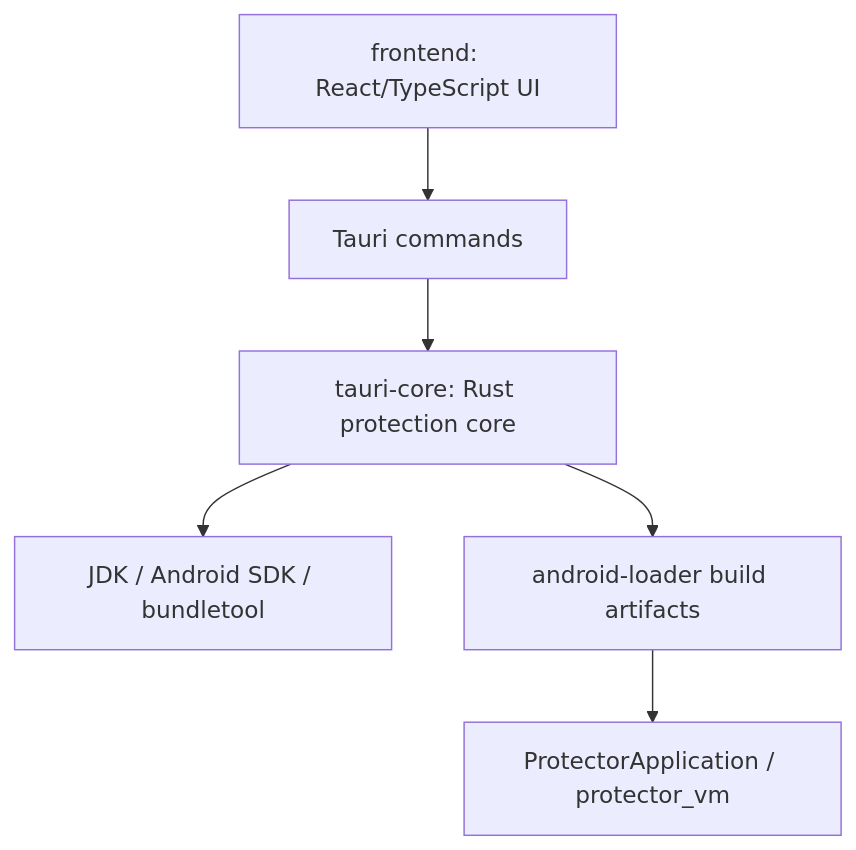
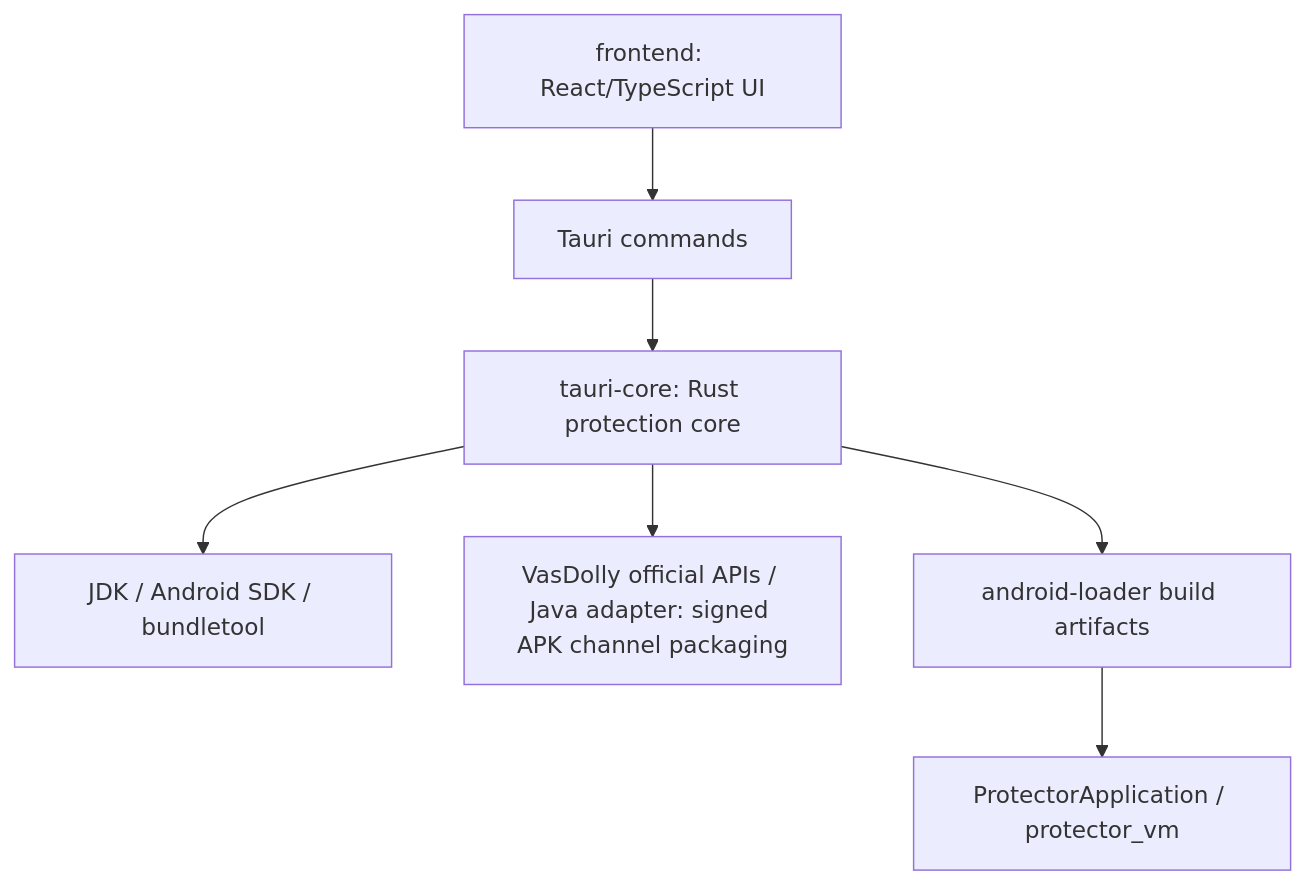
One commit to sceneren/AndroidProtector changed the diagram in .codex/references/dependencies.md. Above: the diagram before and after it, drawn with Mermaid. The commit also changed other lines of this file and 43 other files, not shown here.

Commit message:
新增 APK 签名和 VasDolly 渠道包并排除本地隐私文件

````diff
--- a/.codex/references/dependencies.md
+++ b/.codex/references/dependencies.md
@@ -5,8 +5,9 @@
 ```mermaid
 graph TD
     Frontend["frontend: React/TypeScript UI"] --> Commands["Tauri commands"]
     Commands --> Core["tauri-core: Rust protection core"]
     Core --> Tools["JDK / Android SDK / bundletool"]
+    Core --> VasDolly["VasDolly official APIs / Java adapter: signed APK channel packaging"]
     Core --> LoaderArtifacts["android-loader build artifacts"]
     LoaderArtifacts --> Runtime["ProtectorApplication / protector_vm"]
 ```
````
